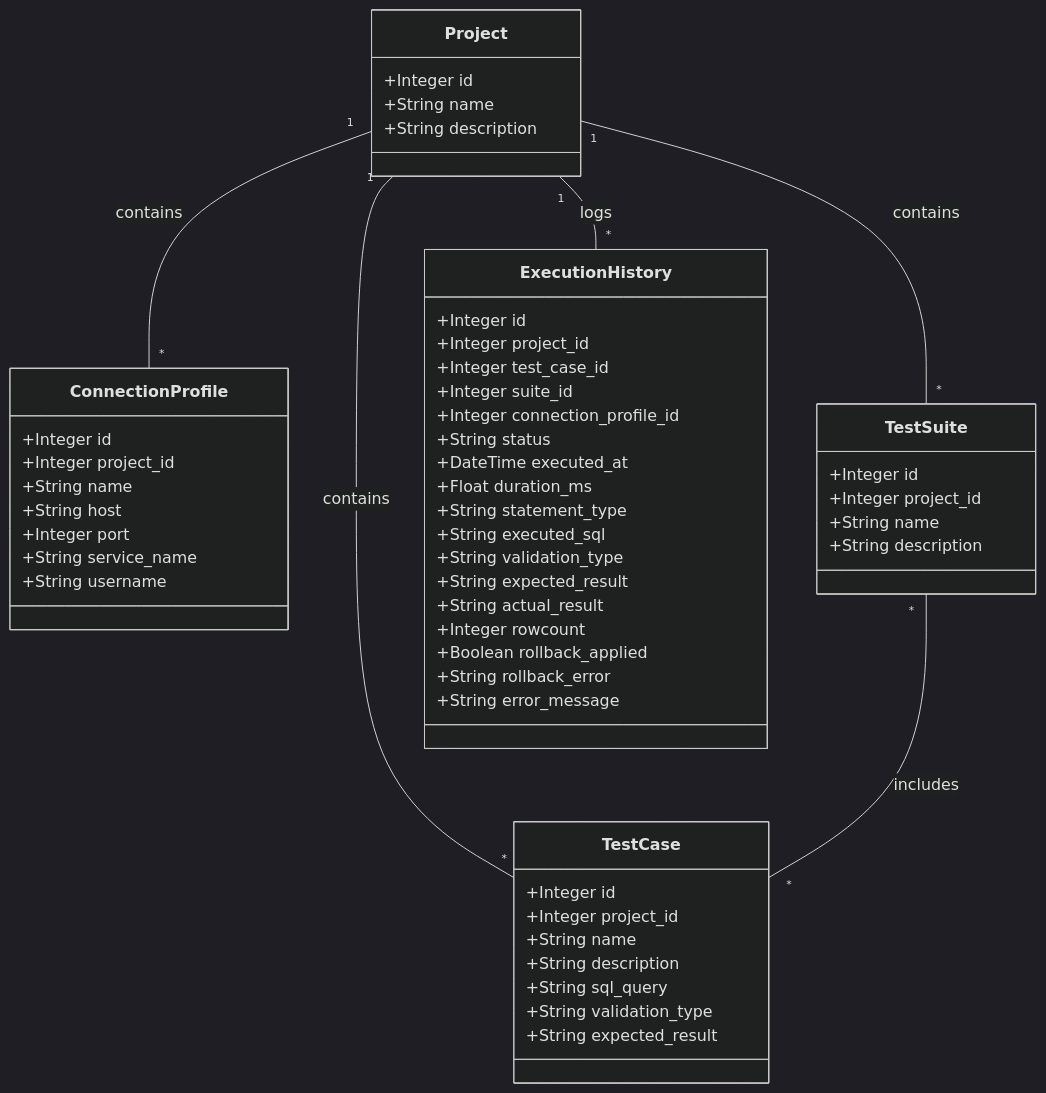
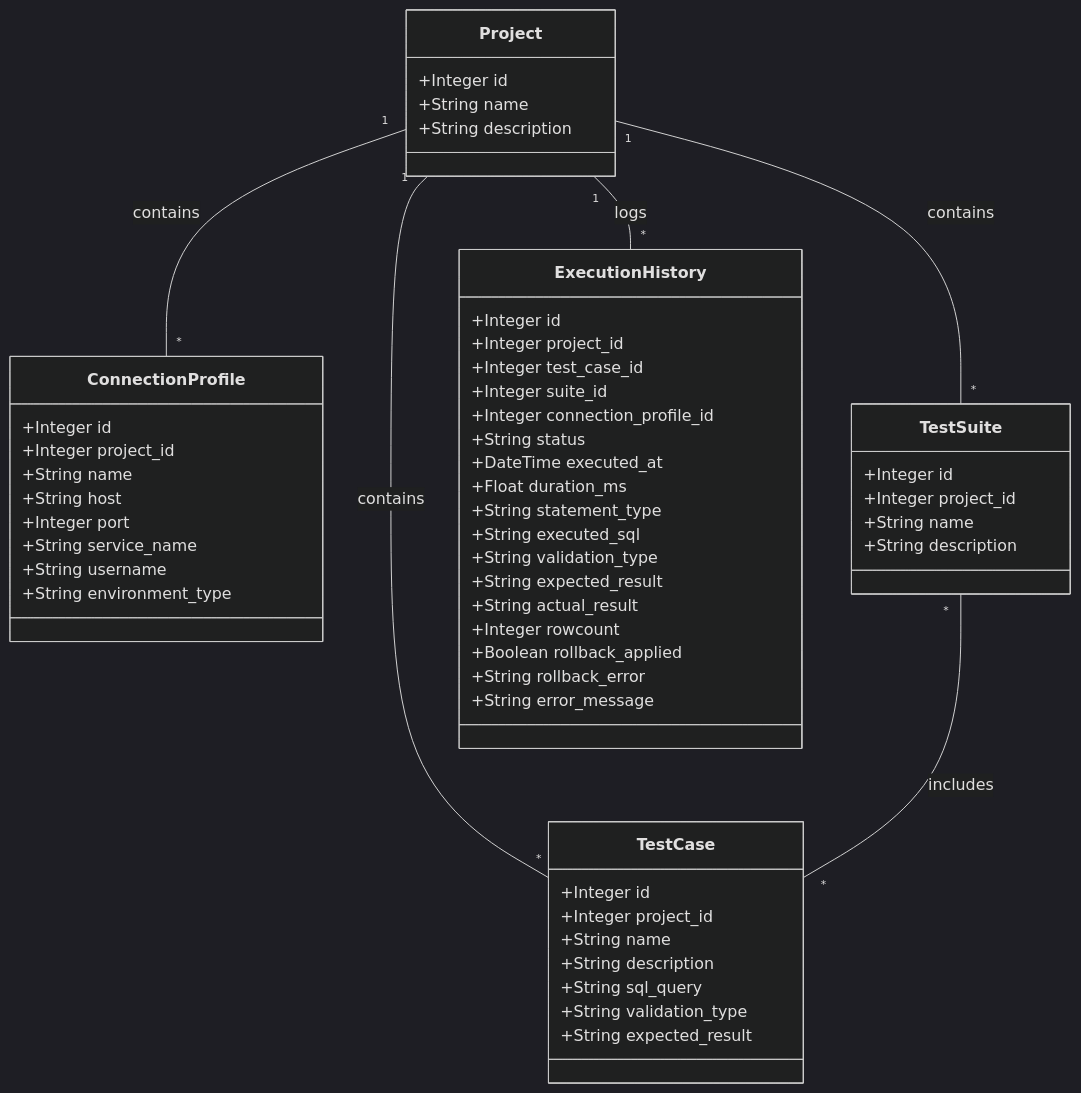
One commit to Geraldzvallos/framework-pruebas-sql-publico changed the diagram in framework-pruebas-sql/docs/diagramas/clases.mermaid. Above: the diagram before and after it, drawn with Mermaid (dark theme). The commit also changed 19 other files, not shown here.

```diff
--- a/framework-pruebas-sql/docs/diagramas/clases.mermaid
+++ b/framework-pruebas-sql/docs/diagramas/clases.mermaid
@@ -1,55 +1,56 @@
 classDiagram
     class Project {
         +Integer id
         +String name
         +String description
     }
     class ConnectionProfile {
         +Integer id
         +Integer project_id
         +String name
         +String host
         +Integer port
         +String service_name
         +String username
+        +String environment_type
     }
     class TestCase {
         +Integer id
         +Integer project_id
         +String name
         +String description
         +String sql_query
         +String validation_type
         +String expected_result
     }
     class TestSuite {
         +Integer id
         +Integer project_id
         +String name
         +String description
     }
     class ExecutionHistory {
         +Integer id
         +Integer project_id
         +Integer test_case_id
         +Integer suite_id
         +Integer connection_profile_id
         +String status
         +DateTime executed_at
         +Float duration_ms
         +String statement_type
         +String executed_sql
         +String validation_type
         +String expected_result
         +String actual_result
         +Integer rowcount
         +Boolean rollback_applied
         +String rollback_error
         +String error_message
     }
 
     Project "1" -- "*" ConnectionProfile : contains
     Project "1" -- "*" TestCase : contains
     Project "1" -- "*" TestSuite : contains
     Project "1" -- "*" ExecutionHistory : logs
     TestSuite "*" -- "*" TestCase : includes
```
